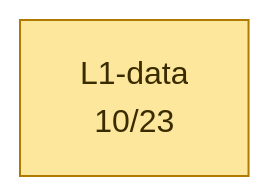
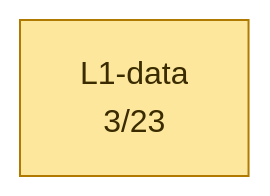
One commit to bbaranoff/tests changed the first of 2 diagrams in pytest/couche1/test_results.md. Above: the diagram before and after it, drawn with Mermaid. The commit also changed other lines of this file and 129 other files, not shown here.

````diff
--- a/pytest/couche1/test_results.md
+++ b/pytest/couche1/test_results.md
@@ -55,10 +44,10 @@
 ```mermaid
 graph LR
   classDef pass    fill:#bef5b1,stroke:#1f7a1f,color:#0a3d0a;
   classDef partial fill:#fde79c,stroke:#b07a00,color:#3a2c00;
   classDef fail    fill:#fbb4b4,stroke:#a31a1a,color:#5a0000;
   classDef skip    fill:#e0e0e0,stroke:#6a6a6a,color:#333;
   classDef brk  fill:#ff5252,stroke:#990000,color:#fff,stroke-width:3px;
-  P_L1_data["L1-data<br/>10/23"]
+  P_L1_data["L1-data<br/>3/23"]
   class P_L1_data partial;
 ```
````
